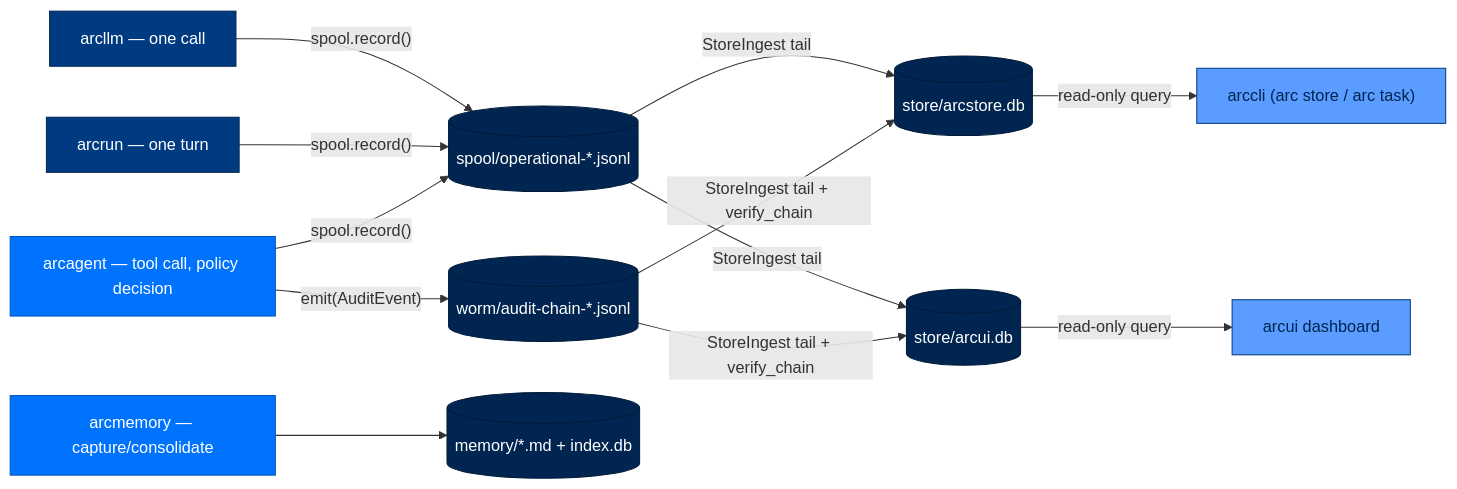
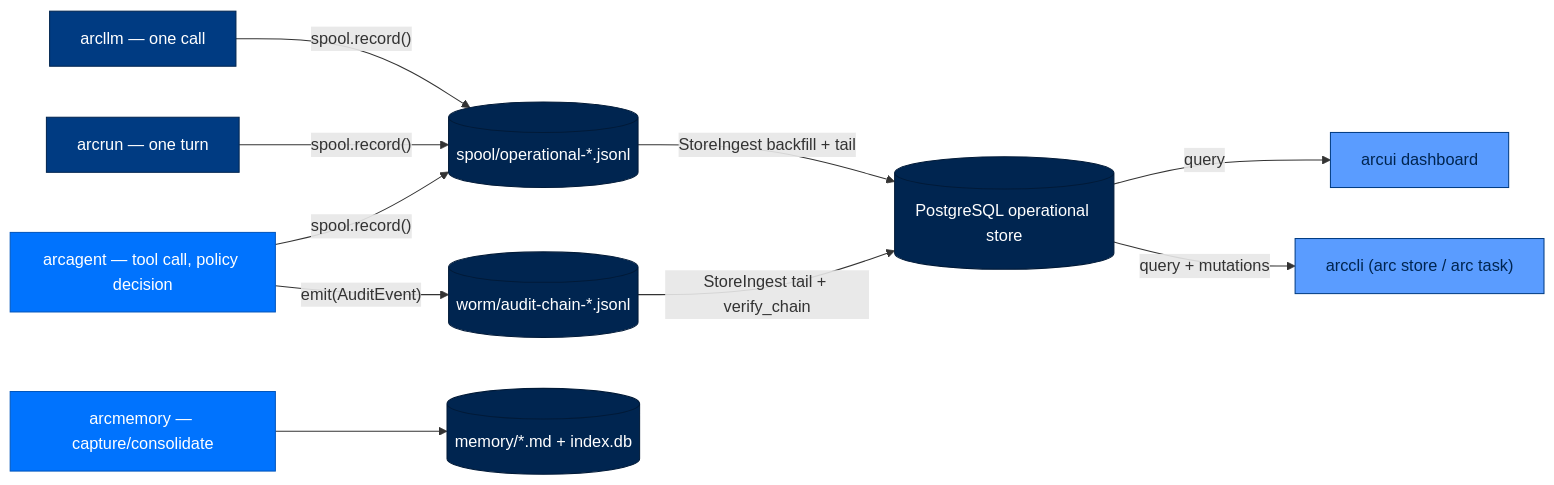
The first of 4 diagrams in docs/walkthrough/08-data-and-storage.md (joshuamschultz/Arc), drawn with Mermaid before and after one commit. The commit also changed other lines of this file and 16 other files, not shown here.

First line of the commit message:
docs: align ArcStore references with PostgreSQL cutover

````diff
--- a/docs/walkthrough/08-data-and-storage.md
+++ b/docs/walkthrough/08-data-and-storage.md
@@ -105,29 +98,27 @@
 ```mermaid
 flowchart LR
     classDef entry   fill:#D6E6FF,stroke:#0073FE,color:#002550
     classDef surface fill:#5A9CFF,stroke:#003B82,color:#002550
     classDef agent   fill:#0073FE,stroke:#0055BC,color:#FFFFFF
     classDef runtime fill:#0055BC,stroke:#003B82,color:#FFFFFF
     classDef llm     fill:#003B82,stroke:#002550,color:#FFFFFF
     classDef found   fill:#002550,stroke:#001A38,color:#FFFFFF
 
     LLM["arcllm — one call"] -->|"spool.record()"| SPOOL[("spool/operational-*.jsonl")]
     RUN["arcrun — one turn"] -->|"spool.record()"| SPOOL
     AGENT["arcagent — tool call, policy decision"] -->|"emit(AuditEvent)"| WORM[("worm/audit-chain-*.jsonl")]
     AGENT -->|"spool.record()"| SPOOL
     MEM["arcmemory — capture/consolidate"] --> MDFILES[("memory/*.md + index.db")]
 
-    SPOOL -->|"StoreIngest tail"| MIRROR1[("store/arcstore.db")]
+    SPOOL -->|"StoreIngest backfill + tail"| MIRROR1[("PostgreSQL operational store")]
     WORM -->|"StoreIngest tail + verify_chain"| MIRROR1
-    SPOOL -->|"StoreIngest tail"| MIRROR2[("store/arcui.db")]
-    WORM -->|"StoreIngest tail + verify_chain"| MIRROR2
 
-    MIRROR2 -->|"read-only query"| UI["arcui dashboard"]
-    MIRROR1 -->|"read-only query"| CLI["arccli (arc store / arc task)"]
+    MIRROR1 -->|"query"| UI["arcui dashboard"]
+    MIRROR1 -->|"query + mutations"| CLI["arccli (arc store / arc task)"]
 
     class LLM,RUN llm
     class AGENT agent
     class MEM agent
     class SPOOL,WORM,MDFILES,MIRROR1,MIRROR2 found
     class UI,CLI surface
 ```
````
